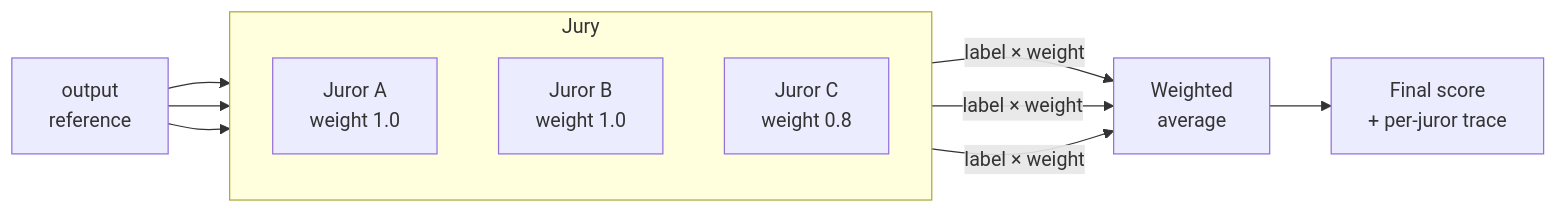
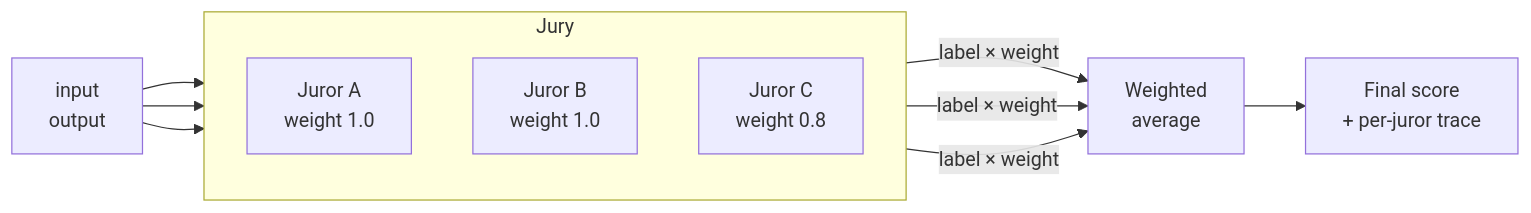
One commit to Arize-ai/phoenix changed the diagram in docs/phoenix/evaluation/server-evals/code-evaluators/llm-jury.mdx. Above: the diagram before and after it, drawn with Mermaid. The commit also changed other lines of this file, not shown here.

First line of the commit message:
docs(evaluation): make LLM Jury example reference-free

````diff
--- a/docs/phoenix/evaluation/server-evals/code-evaluators/llm-jury.mdx
+++ b/docs/phoenix/evaluation/server-evals/code-evaluators/llm-jury.mdx
@@ -17,20 +23,20 @@
 ```mermaid
 flowchart LR
-    Inputs["output<br/>reference"]
+    Inputs["input<br/>output"]
     subgraph jury [Jury]
         direction TB
         J1["Juror A<br/>weight 1.0"]
         J2["Juror B<br/>weight 1.0"]
         J3["Juror C<br/>weight 0.8"]
     end
     Combine["Weighted<br/>average"]
     Final["Final score<br/>+ per-juror trace"]
 
     Inputs --> J1
     Inputs --> J2
     Inputs --> J3
     J1 -- "label × weight" --> Combine
     J2 -- "label × weight" --> Combine
     J3 -- "label × weight" --> Combine
     Combine --> Final
 ```
````
